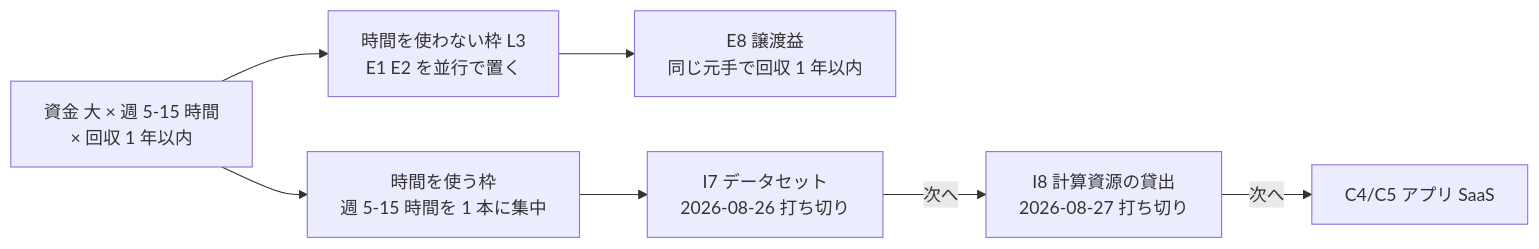
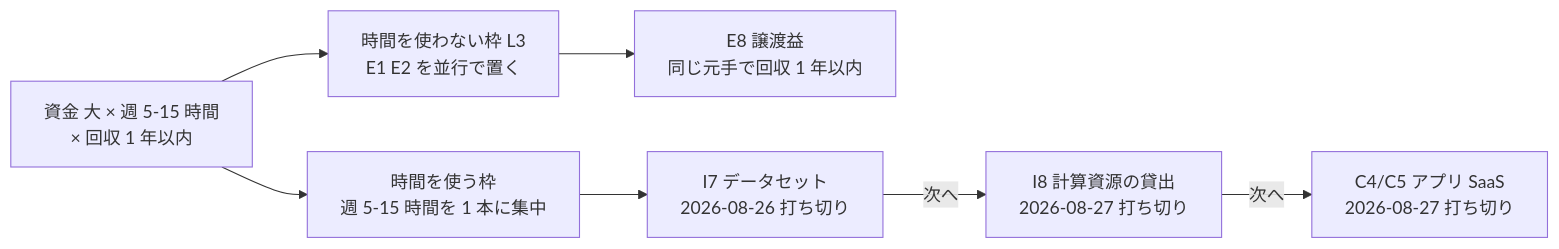
The fifth of 5 diagrams in docs/specs/income-taxonomy/shortlist.md (akiraak/ai-income-lab), drawn with Mermaid before and after one commit. The commit also changed other lines of this file and 7 other files, not shown here.

````diff
--- a/docs/specs/income-taxonomy/shortlist.md
+++ b/docs/specs/income-taxonomy/shortlist.md
@@ -382,9 +386,9 @@
 ```mermaid
 flowchart LR
   SEG["資金 大 × 週 5-15 時間<br/>× 回収 1 年以内"] --> T0["時間を使わない枠 L3<br/>E1 E2 を並行で置く"]
   SEG --> T1["時間を使う枠<br/>週 5-15 時間を 1 本に集中"]
   T0 --> E8["E8 譲渡益<br/>同じ元手で回収 1 年以内"]
   T1 --> I7["I7 データセット<br/>2026-08-26 打ち切り"]
   I7 -->|"次へ"| I8["I8 計算資源の貸出<br/>2026-08-27 打ち切り"]
-  I8 -->|"次へ"| C45["C4/C5 アプリ SaaS"]
+  I8 -->|"次へ"| C45["C4/C5 アプリ SaaS<br/>2026-08-27 打ち切り"]
 ```
````
